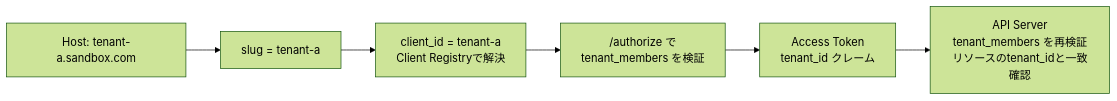
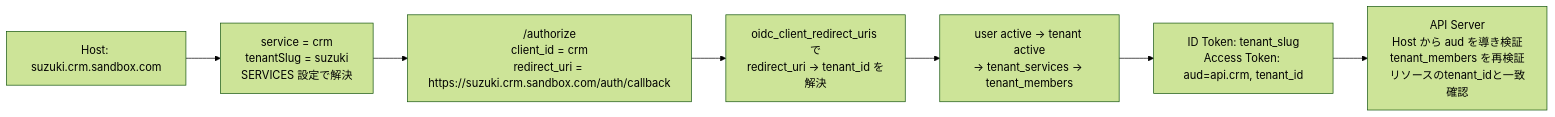
One commit to daisuke-tanabe/multi-domain-sandbox changed the second of 2 diagrams in docs/design/01-system-architecture.md. Above: the diagram before and after it, drawn with Mermaid (forest theme). The commit also changed other lines of this file and 62 other files, not shown here.

First line of the commit message:
refactor: サービス単位の OIDC Client とテナント契約モデルへ再構成

````diff
--- a/docs/design/01-system-architecture.md
+++ b/docs/design/01-system-architecture.md
@@ -95,8 +121,9 @@
 ```mermaid
 flowchart LR
-    Host["Host: tenant-a.sandbox.com"] --> Slug["slug = tenant-a"]
-    Slug --> Client["client_id = tenant-a<br/>Client Registryで解決"]
-    Client --> Authz["/authorize で<br/>tenant_members を検証"]
-    Authz --> Token["Access Token<br/>tenant_id クレーム"]
-    Token --> Api["API Server<br/>tenant_members を再検証<br/>リソースのtenant_idと一致確認"]
+    Host["Host: suzuki.crm.sandbox.com"] --> Resolve["service = crm<br/>tenantSlug = suzuki<br/>SERVICES 設定で解決"]
+    Resolve --> Req["/authorize<br/>client_id = crm<br/>redirect_uri = https://suzuki.crm.sandbox.com/auth/callback"]
+    Req --> Tenant["oidc_client_redirect_uris で<br/>redirect_uri → tenant_id を解決"]
+    Tenant --> Check["user active → tenant active<br/>→ tenant_services → tenant_members"]
+    Check --> Token["ID Token: tenant_slug<br/>Access Token: aud=api.crm, tenant_id"]
+    Token --> Api["API Server<br/>Host から aud を導き検証<br/>tenant_members を再検証<br/>リソースのtenant_idと一致確認"]
 ```
````
